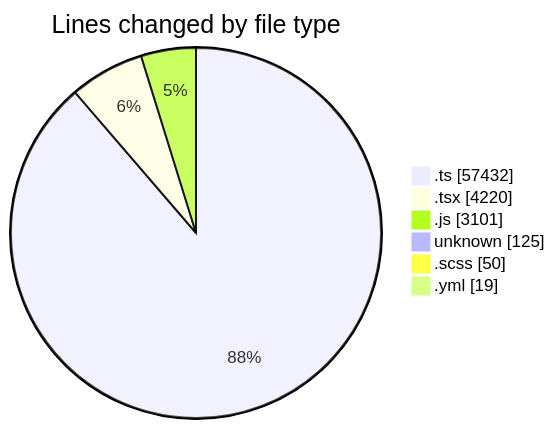
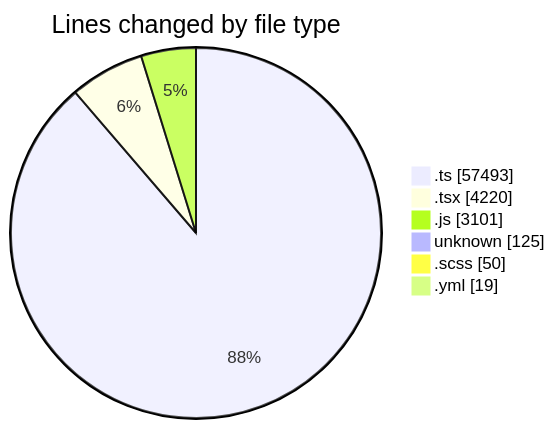
One commit to momahboobian/code-tracking changed the first of 2 diagrams in 2026-09-18/cda/README.md. Above: the diagram before and after it, drawn with Mermaid. The commit also changed other lines of this file and 1 other file, not shown here.

````diff
--- a/2026-09-18/cda/README.md
+++ b/2026-09-18/cda/README.md
@@ -59,10 +59,10 @@
 ```mermaid
 pie showData
 title Lines changed by file type
-".ts" : 57432
+".ts" : 57493
 ".tsx" : 4220
 ".js" : 3101
 "unknown" : 125
 ".scss" : 50
 ".yml" : 19
 ```
````
